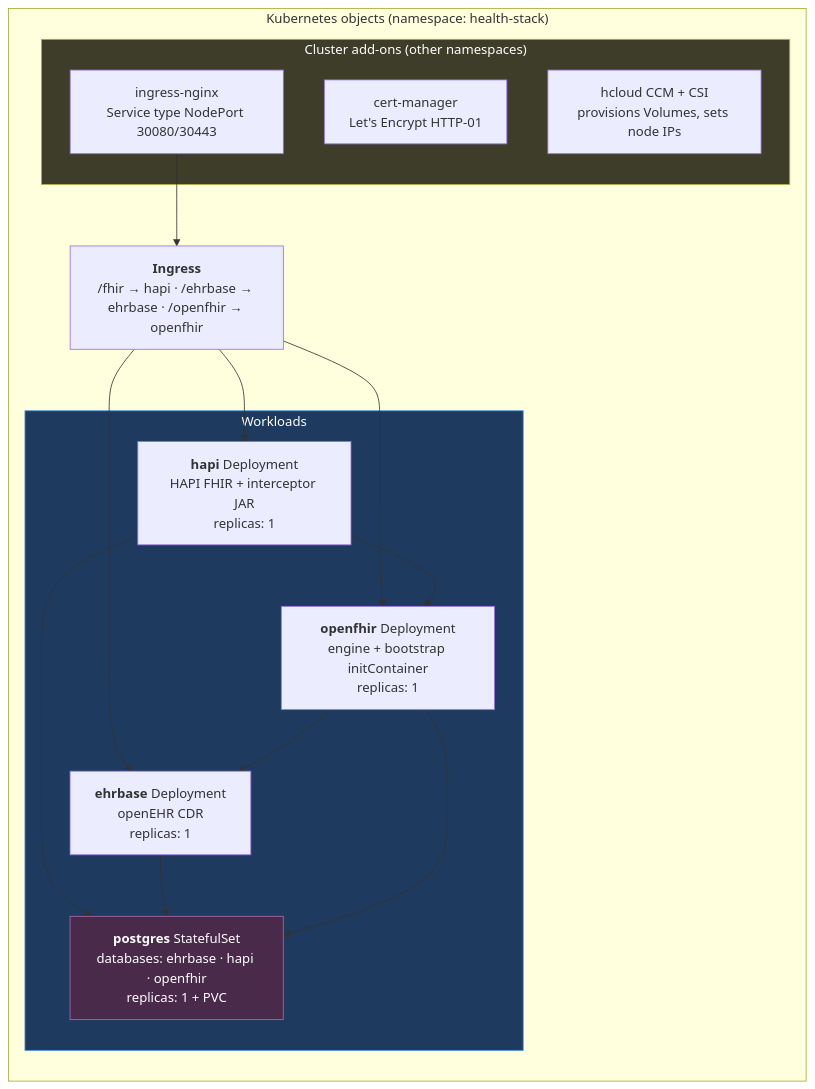
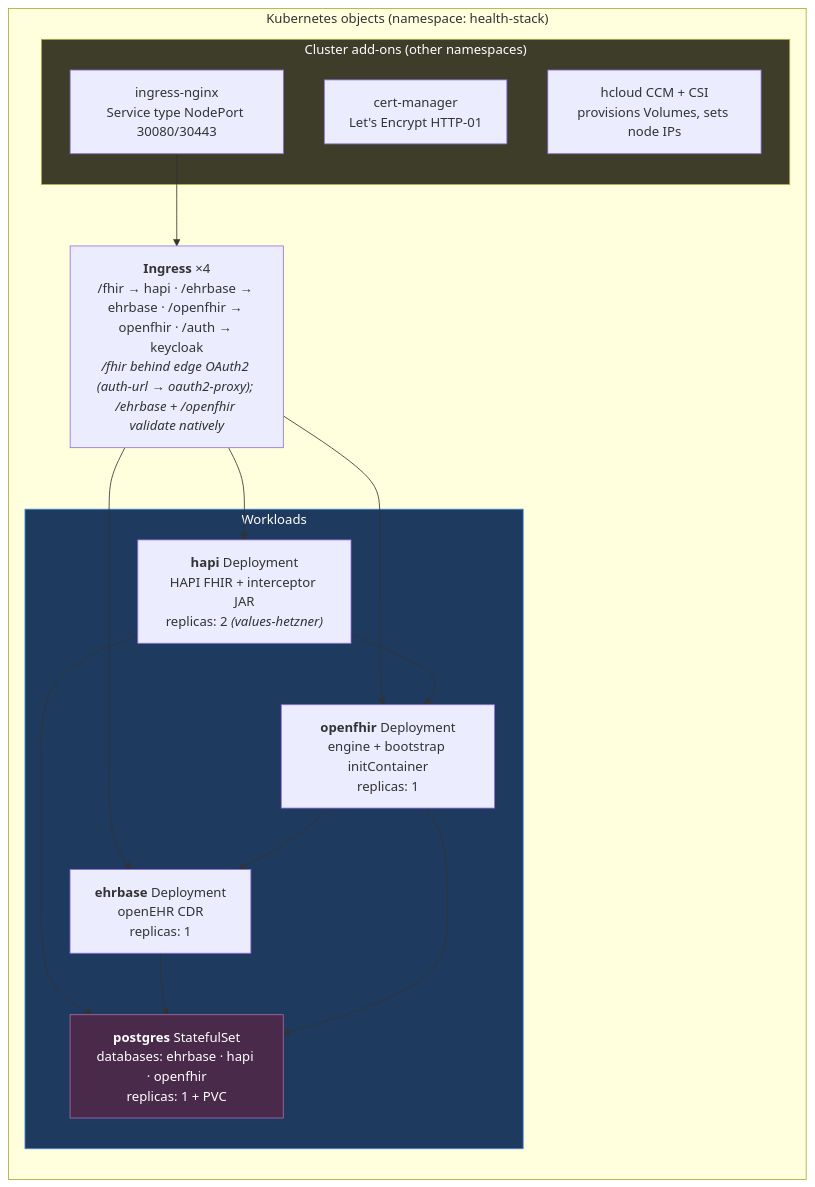
One commit to joostholslag/Open-health-stack changed the second of 2 diagrams in docs/hetzner-architecture.md. Above: the diagram before and after it, drawn with Mermaid. The commit also changed other lines of this file and 37 other files, not shown here.

Commit message:
openFHIR native OAuth (openfhir.protected) + realm scopes

````diff
--- a/docs/hetzner-architecture.md
+++ b/docs/hetzner-architecture.md
@@ -76,30 +76,30 @@
 ```mermaid
 flowchart TB
   subgraph k8s["Kubernetes objects (namespace: health-stack)"]
     direction TB
-    ing["<b>Ingress</b><br/>/fhir → hapi · /ehrbase → ehrbase · /openfhir → openfhir"]
+    ing["<b>Ingress</b> ×4<br/>/fhir → hapi · /ehrbase → ehrbase · /openfhir → openfhir · /auth → keycloak<br/><i>/fhir behind edge OAuth2 (auth-url → oauth2-proxy); /ehrbase + /openfhir validate natively</i>"]
 
     subgraph wl["Workloads"]
-      hapi["<b>hapi</b> Deployment<br/>HAPI FHIR + interceptor JAR<br/>replicas: 1"]
+      hapi["<b>hapi</b> Deployment<br/>HAPI FHIR + interceptor JAR<br/>replicas: 2 <i>(values-hetzner)</i>"]
       ehr["<b>ehrbase</b> Deployment<br/>openEHR CDR<br/>replicas: 1"]
       of["<b>openfhir</b> Deployment<br/>engine + bootstrap initContainer<br/>replicas: 1"]
       pg["<b>postgres</b> StatefulSet<br/>databases: ehrbase · hapi · openfhir<br/>replicas: 1 + PVC"]
     end
 
     subgraph sys["Cluster add-ons (other namespaces)"]
       ngx["ingress-nginx<br/>Service type NodePort 30080/30443"]
       cm["cert-manager<br/>Let's Encrypt HTTP-01"]
       ccm["hcloud CCM + CSI<br/>provisions Volumes, sets node IPs"]
     end
   end
 
   ing --> hapi & ehr & of
   hapi --> of
   of --> ehr
   hapi & ehr & of --> pg
   ngx --> ing
 
   style pg fill:#4a2a4a,stroke:#a96aa9,color:#fff
   style wl fill:#1e3a5f,stroke:#4a90d9,color:#fff
   style sys fill:#3d3d2a,stroke:#b0b04a,color:#fff
 ```
````
